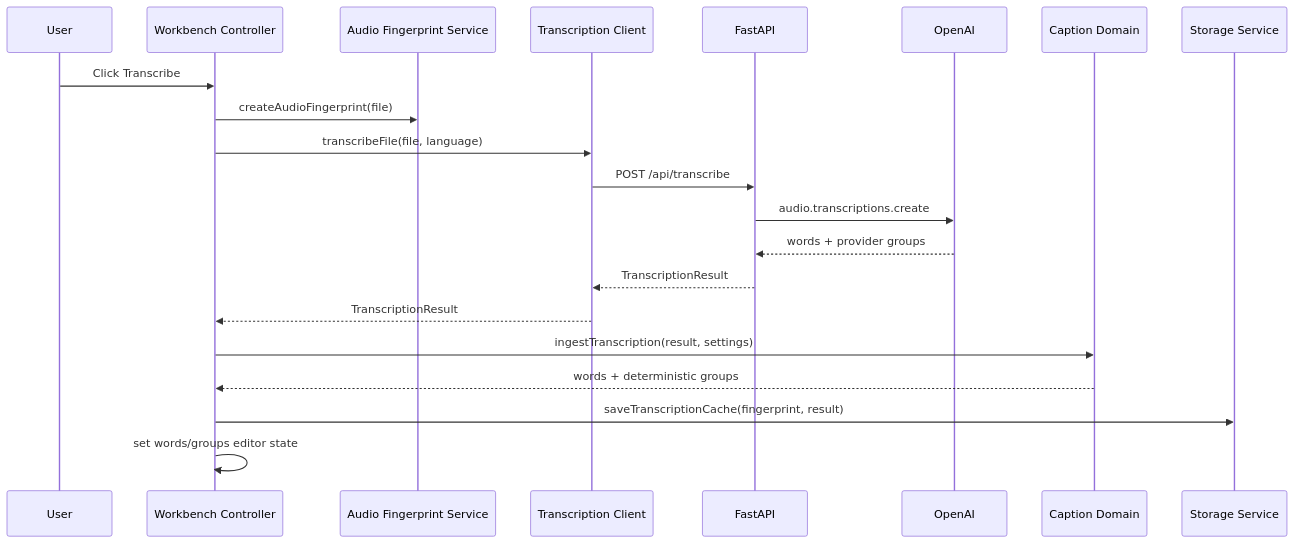
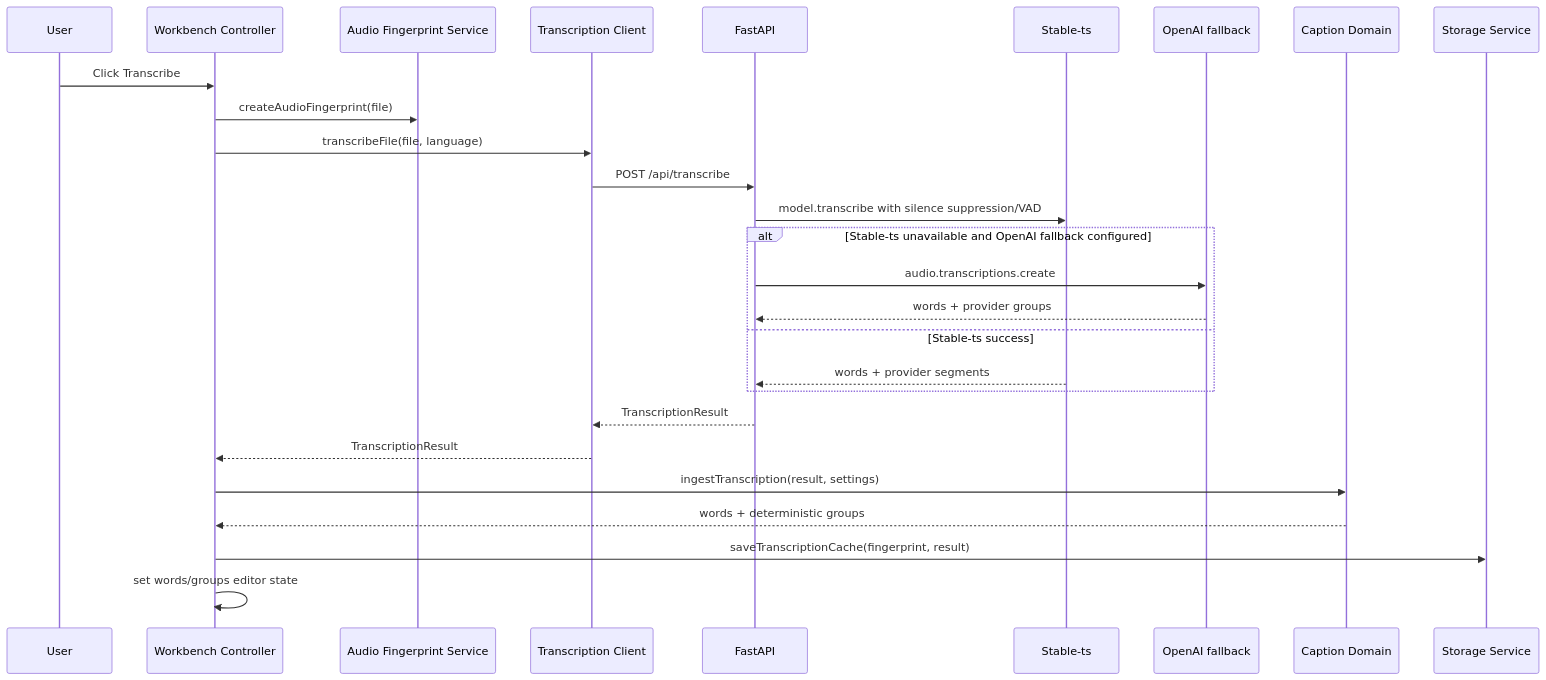
The first of 2 diagrams in docs/product/runtime-view.md (tevial/muted-cabinet-7349), drawn with Mermaid before and after one commit. The commit also changed 45 other files, not shown here.

````diff
--- a/docs/product/runtime-view.md
+++ b/docs/product/runtime-view.md
@@ -5,24 +5,30 @@
 ```mermaid
 sequenceDiagram
     participant U as User
     participant W as Workbench Controller
     participant A as Audio Fingerprint Service
     participant T as Transcription Client
     participant API as FastAPI
-    participant O as OpenAI
+    participant ST as Stable-ts
+    participant O as OpenAI fallback
     participant D as Caption Domain
     participant S as Storage Service
 
     U->>W: Click Transcribe
     W->>A: createAudioFingerprint(file)
     W->>T: transcribeFile(file, language)
     T->>API: POST /api/transcribe
-    API->>O: audio.transcriptions.create
-    O-->>API: words + provider groups
+    API->>ST: model.transcribe with silence suppression/VAD
+    alt Stable-ts unavailable and OpenAI fallback configured
+        API->>O: audio.transcriptions.create
+        O-->>API: words + provider groups
+    else Stable-ts success
+        ST-->>API: words + provider segments
+    end
     API-->>T: TranscriptionResult
     T-->>W: TranscriptionResult
     W->>D: ingestTranscription(result, settings)
     D-->>W: words + deterministic groups
     W->>S: saveTranscriptionCache(fingerprint, result)
     W->>W: set words/groups editor state
 ```
````
